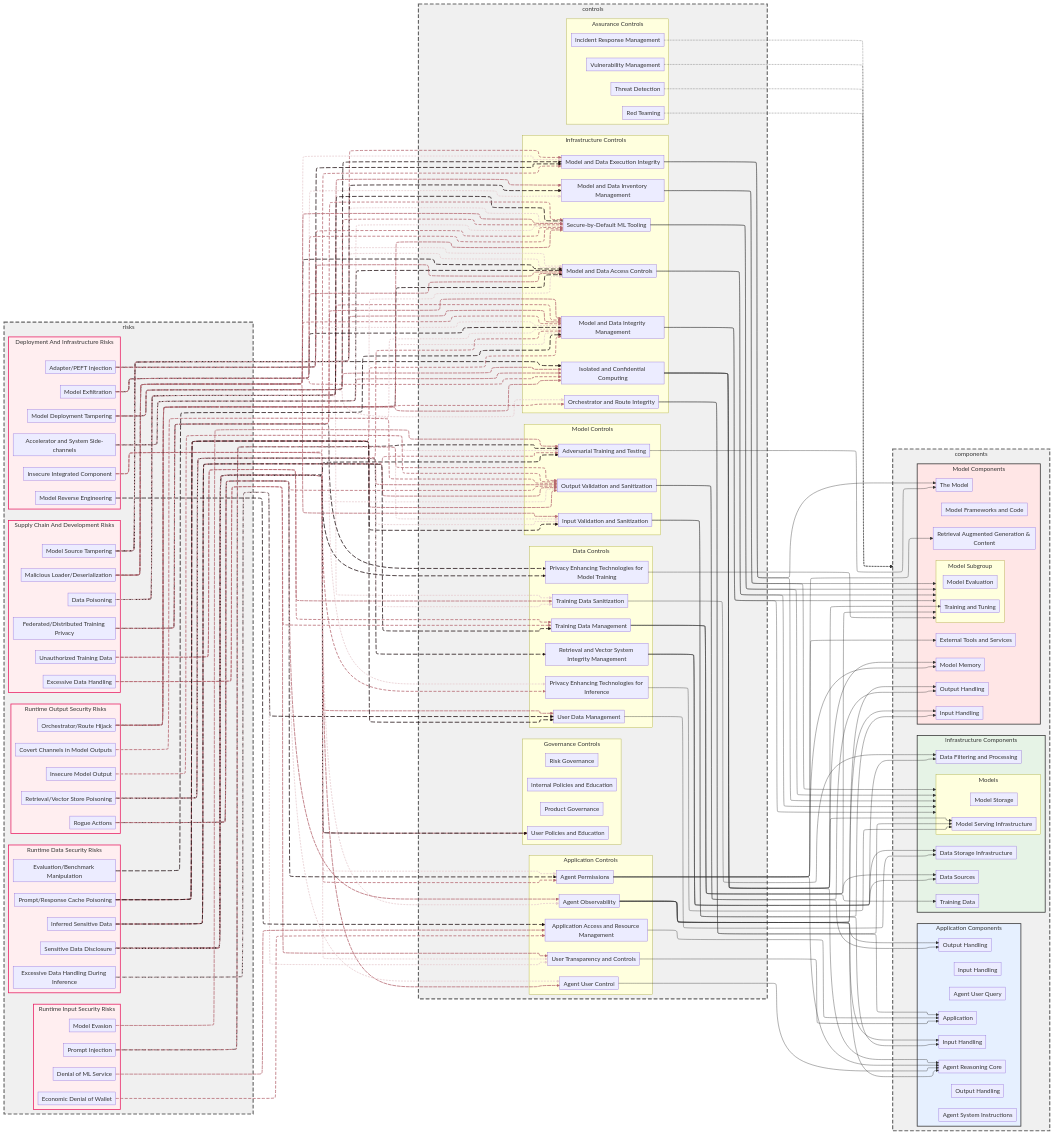
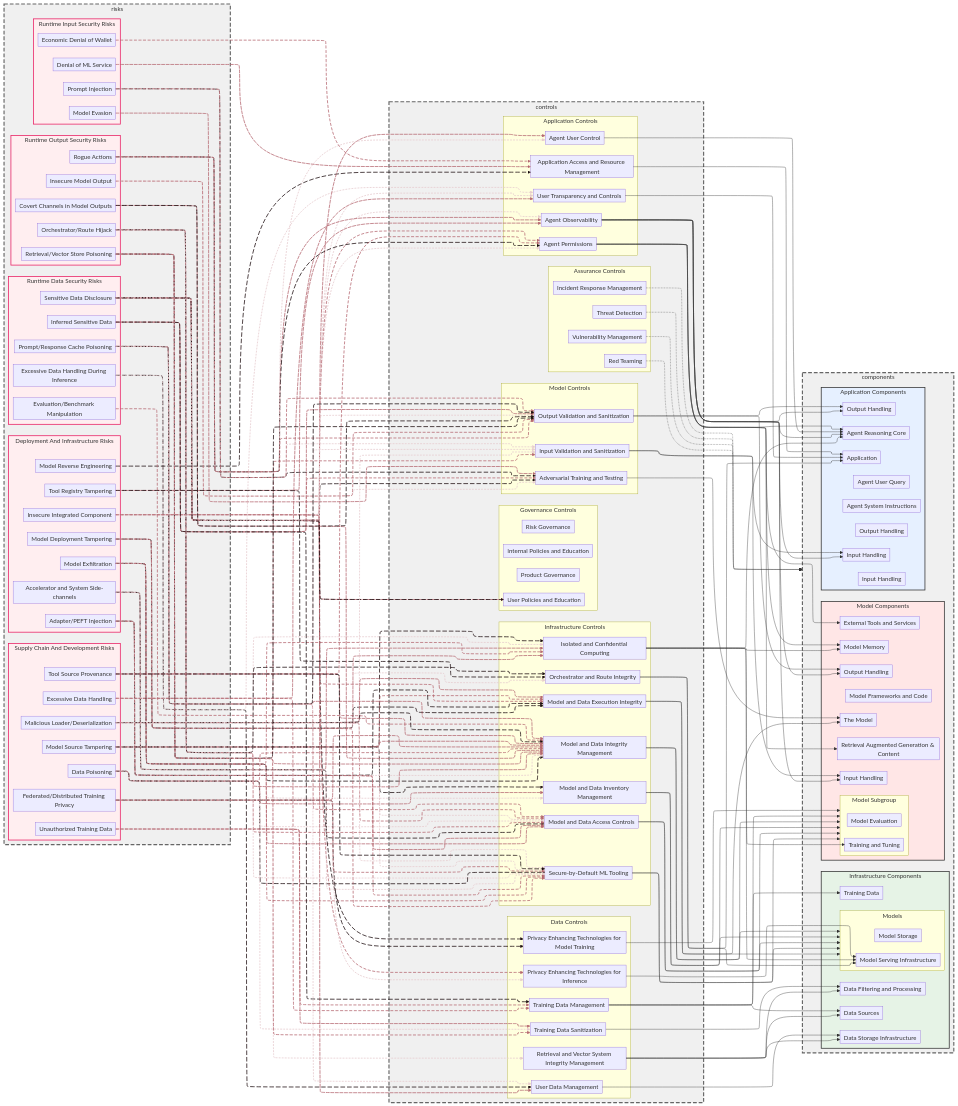
One commit to davidlabianca/secure-ai-tooling changed the diagram in risk-map/diagrams/controls-to-risk-graph.mermaid. Above: the diagram before and after it, drawn with Mermaid. The commit also changed 11 other files, not shown here.

First line of the commit message:
feat(risks): add TSP and TRT risks for tool registry threat surface

```diff
--- a/risk-map/diagrams/controls-to-risk-graph.mermaid
+++ b/risk-map/diagrams/controls-to-risk-graph.mermaid
@@ -18,6 +18,7 @@
         FLP[Federated/Distributed Training Privacy]
         MLD[Malicious Loader/Deserialization]
         MST[Model Source Tampering]
+        TSP[Tool Source Provenance]
         UTD[Unauthorized Training Data]
     end
 
@@ -36,6 +37,7 @@
         MDT[Model Deployment Tampering]
         MRE[Model Reverse Engineering]
         MXF[Model Exfiltration]
+        TRT[Tool Registry Tampering]
     end
 
     subgraph risksRuntimeInputSecurity ["Runtime Input Security Risks"]
@@ -212,6 +214,8 @@
     ADI --> controlModelAndDataExecutionIntegrity
     ADI --> controlModelAndDataIntegrityManagement
     ADI --> controlSecureByDefaultMLTooling
+    TRT --> controlAgentObservability
+    TRT --> controlOrchestratorAndRouteIntegrity
     ORH --> controlIsolatedConfidentialComputing
     ORH --> controlModelAndDataAccessControls
     ORH --> controlModelAndDataIntegrityManagement
@@ -225,6 +229,9 @@
     MLD --> controlModelAndDataExecutionIntegrity
     MLD --> controlModelAndDataIntegrityManagement
     MLD --> controlSecureByDefaultMLTooling
+    TSP --> controlAgentPluginPermissions
+    TSP --> controlModelAndDataIntegrityManagement
+    TSP --> controlSecureByDefaultMLTooling
     PCP --> controlInputValidationAndSanitization
     PCP --> controlModelAndDataAccessControls
     PCP --> controlModelAndDataIntegrityManagement
@@ -286,10 +293,10 @@
     controlOrchestratorAndRouteIntegrity --> componentModelServing
 
     %% Edge styling
-    linkStyle 0,4,8,12,16,20,24,28,32,36,40,44,48,52,56,60,64,68,72,76,80,84,88 stroke:#e6cbce,stroke-width:2px,stroke-dasharray: 5 3
-    linkStyle 1,5,9,13,17,21,25,29,33,37,41,45,49,53,57,61,65,69,73,77,81,85 stroke:#b66871,stroke-width:2px,stroke-dasharray: 8 4
-    linkStyle 2,6,10,14,18,22,26,30,34,38,42,46,50,54,58,62,66,70,74,78,82,86 stroke:#b66871,stroke-width:2px,stroke-dasharray: 10 2
-    linkStyle 3,7,11,15,19,23,27,31,35,39,43,47,51,55,59,63,67,71,75,79,83,87 stroke:#1c0d0f,stroke-width:2px,stroke-dasharray: 12 5
+    linkStyle 0,4,8,12,16,20,24,28,32,36,40,44,48,52,56,60,64,68,72,76,80,84,88,92 stroke:#e6cbce,stroke-width:2px,stroke-dasharray: 5 3
+    linkStyle 1,5,9,13,17,21,25,29,33,37,41,45,49,53,57,61,65,69,73,77,81,85,89,93 stroke:#b66871,stroke-width:2px,stroke-dasharray: 8 4
+    linkStyle 2,6,10,14,18,22,26,30,34,38,42,46,50,54,58,62,66,70,74,78,82,86,90 stroke:#b66871,stroke-width:2px,stroke-dasharray: 10 2
+    linkStyle 3,7,11,15,19,23,27,31,35,39,43,47,51,55,59,63,67,71,75,79,83,87,91 stroke:#1c0d0f,stroke-width:2px,stroke-dasharray: 12 5
 
 %% Node style definitions
     style risksSupplyChainAndDevelopment fill:#ffeef0,stroke:#e91e63,stroke-width:2px
```
